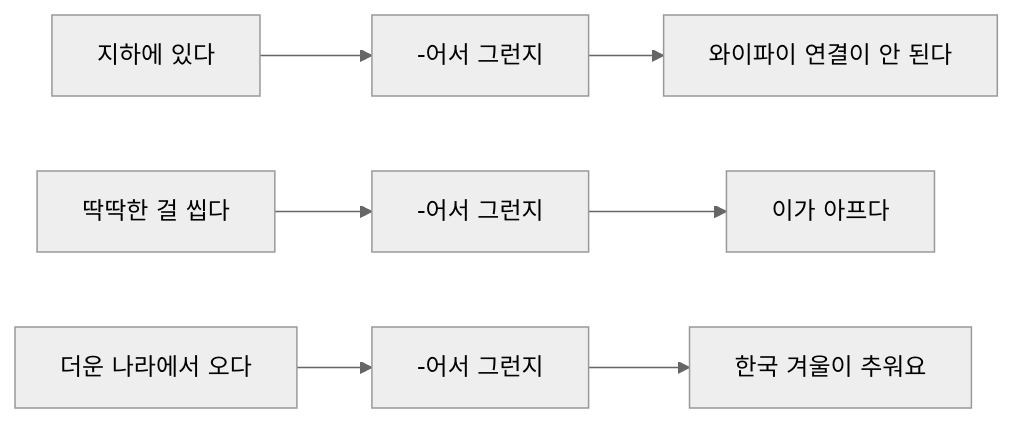
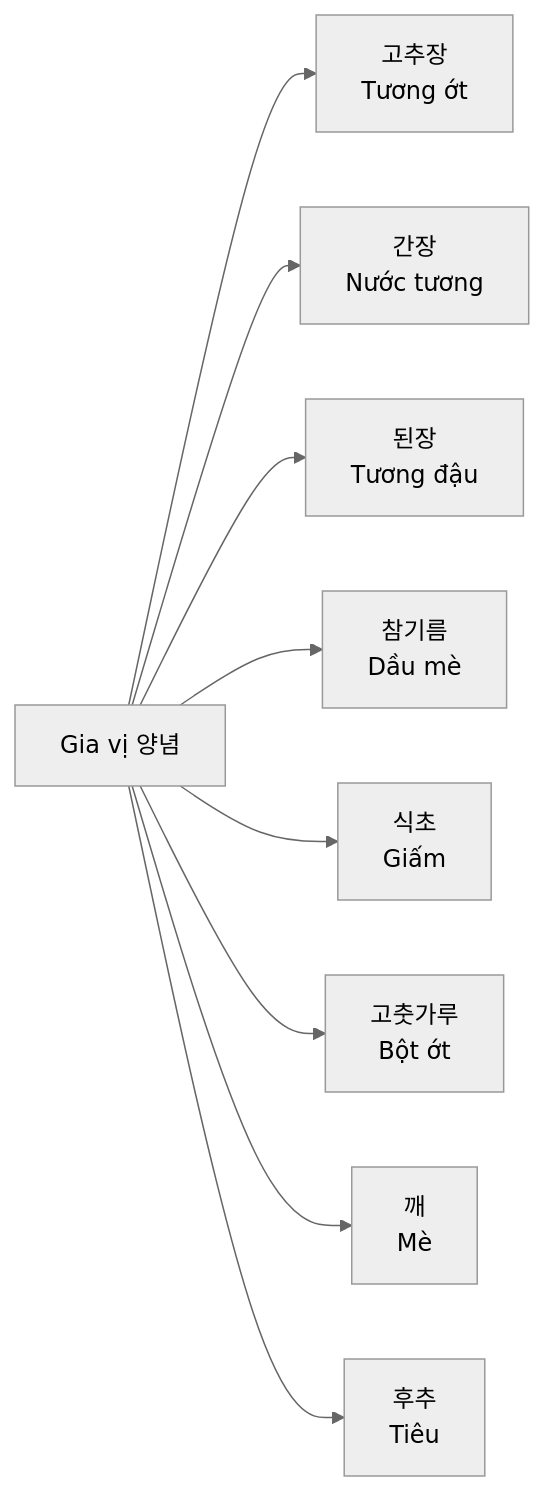
Before and after one commit to khieu-dv/vievlog: the first of 5 diagrams in src/content/soft-skills/korean/bai-8.md, drawn with Mermaid (neutral theme). The commit also changed other lines of this file and 6 other files, not shown here.

````diff
--- a/src/content/soft-skills/korean/bai-8.md
+++ b/src/content/soft-skills/korean/bai-8.md
@@ -104,6 +24,11 @@
 ```mermaid
 graph LR
-    A[지하에 있다] --> B[-어서 그런지] --> C[와이파이 연결이 안 된다]
-    A1[딱딱한 걸 씹다] --> B1[-어서 그런지] --> C1[이가 아프다]
-    A2[더운 나라에서 오다] --> B2[-어서 그런지] --> C2[한국 겨울이 추워요]
+    A[Gia vị 양념] --> B[고추장<br/>Tương ớt]
+    A --> C[간장<br/>Nước tương]
+    A --> D[된장<br/>Tương đậu]
+    A --> E[참기름<br/>Dầu mè]
+    A --> F[식초<br/>Giấm]
+    A --> G[고춧가루<br/>Bột ớt]
+    A --> H[깨<br/>Mè]
+    A --> I[후추<br/>Tiêu]
 ```
````
